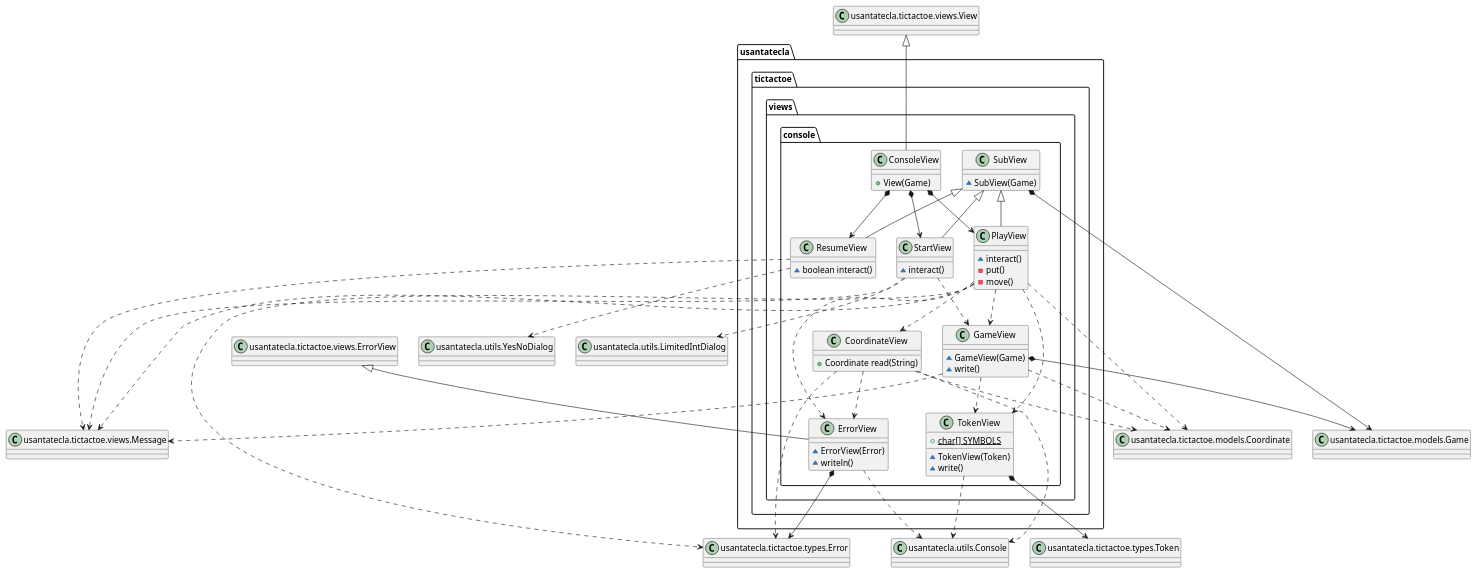
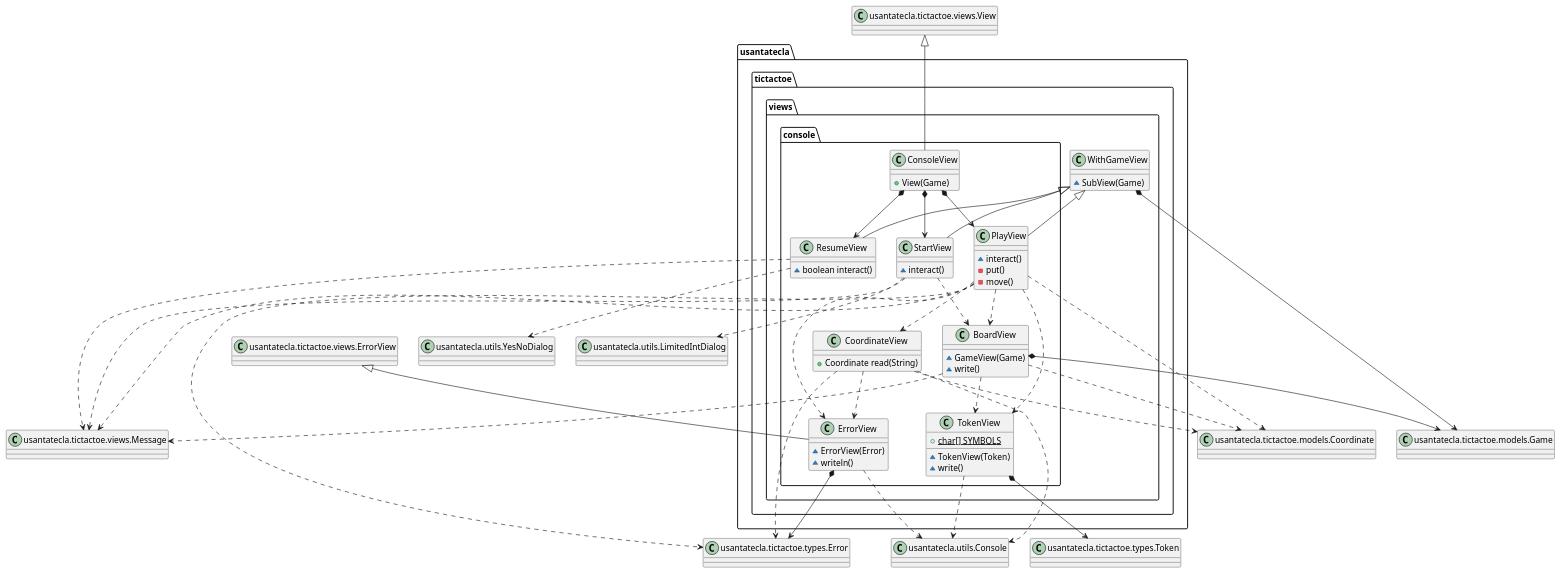
One commit to Jolucaa/USantaTecla-project-ticTacToe changed the third of 6 diagrams in documentView/withFactoryMethod/docs/diagrams/src/paquetes.plantuml. Above: the diagram before and after it, drawn with PlantUML. The commit also changed 57 other files, not shown here.

Commit message:
refactor SubView to WithGameView

```diff
--- a/documentView/withFactoryMethod/docs/diagrams/src/paquetes.plantuml
+++ b/documentView/withFactoryMethod/docs/diagrams/src/paquetes.plantuml
@@ -91,122 +91,122 @@
 @startuml tictactoe.views.console
 class usantatecla.tictactoe.views.console.CoordinateView {
 
     + Coordinate read(String)
 
 }
 
 usantatecla.tictactoe.views.console.CoordinateView .down.> usantatecla.tictactoe.views.console.ErrorView
 
 class Coordinate as "usantatecla.tictactoe.models.Coordinate"
 class Error as "usantatecla.tictactoe.types.Error"
 class Console as "usantatecla.utils.Console"
 
 usantatecla.tictactoe.views.console.CoordinateView .down.> Console
 usantatecla.tictactoe.views.console.CoordinateView .down.> Error
 usantatecla.tictactoe.views.console.CoordinateView .down.> Coordinate
 
 class usantatecla.tictactoe.views.console.ErrorView {
 
 	~ ErrorView(Error)
 	~ writeln()
 
 }
 
 class ErrorView as "usantatecla.tictactoe.views.ErrorView"
 
 ErrorView <|-down- usantatecla.tictactoe.views.console.ErrorView
 usantatecla.tictactoe.views.console.ErrorView .down.> Console
 usantatecla.tictactoe.views.console.ErrorView *-down-> Error
 
-class usantatecla.tictactoe.views.console.GameView {
+class usantatecla.tictactoe.views.console.BoardView {
 
     ~ GameView(Game)
 	~ write()
 
 }
 
 class Game as "usantatecla.tictactoe.models.Game"
 class Message as "usantatecla.tictactoe.views.Message"
 
-usantatecla.tictactoe.views.console.GameView *-down-> Game
-usantatecla.tictactoe.views.console.GameView .down.> Coordinate
-usantatecla.tictactoe.views.console.GameView .down.> Message
-usantatecla.tictactoe.views.console.GameView .down.> usantatecla.tictactoe.views.console.TokenView
+usantatecla.tictactoe.views.console.BoardView *-down-> Game
+usantatecla.tictactoe.views.console.BoardView .down.> Coordinate
+usantatecla.tictactoe.views.console.BoardView .down.> Message
+usantatecla.tictactoe.views.console.BoardView .down.> usantatecla.tictactoe.views.console.TokenView
 
-class usantatecla.tictactoe.views.console.SubView {
+class usantatecla.tictactoe.views.WithGameView {
 
 	~ SubView(Game)
 
 }
 
-usantatecla.tictactoe.views.console.SubView *-down-> Game
+usantatecla.tictactoe.views.WithGameView *-down-> Game
 
 class usantatecla.tictactoe.views.console.PlayView {
 
     ~ interact()
     - put()
     - move()
 
 }
 
-usantatecla.tictactoe.views.console.SubView <|-down- usantatecla.tictactoe.views.console.PlayView
+usantatecla.tictactoe.views.WithGameView <|-down- usantatecla.tictactoe.views.console.PlayView
 usantatecla.tictactoe.views.console.PlayView .down.> Coordinate
 usantatecla.tictactoe.views.console.PlayView .down.> Message
 usantatecla.tictactoe.views.console.PlayView .down.> Error
 usantatecla.tictactoe.views.console.PlayView .down.> usantatecla.tictactoe.views.console.ErrorView
 usantatecla.tictactoe.views.console.PlayView .down.> usantatecla.tictactoe.views.console.CoordinateView
-usantatecla.tictactoe.views.console.PlayView .down.> usantatecla.tictactoe.views.console.GameView
+usantatecla.tictactoe.views.console.PlayView .down.> usantatecla.tictactoe.views.console.BoardView
 usantatecla.tictactoe.views.console.PlayView .down.> usantatecla.tictactoe.views.console.TokenView
 
 class usantatecla.tictactoe.views.console.ResumeView {
 
 	~ boolean interact()
 
 }
 
 class YesNoDialog as "usantatecla.utils.YesNoDialog"
 
-usantatecla.tictactoe.views.console.SubView <|-down- usantatecla.tictactoe.views.console.ResumeView
+usantatecla.tictactoe.views.WithGameView <|-down- usantatecla.tictactoe.views.console.ResumeView
 usantatecla.tictactoe.views.console.ResumeView .down.> Message
 usantatecla.tictactoe.views.console.ResumeView .down.> YesNoDialog
 
 class usantatecla.tictactoe.views.console.StartView {
 
 	~ interact()
 
 }
 
 class LimitedIntDialog as "usantatecla.utils.LimitedIntDialog"
 
-usantatecla.tictactoe.views.console.SubView <|-down- usantatecla.tictactoe.views.console.StartView
+usantatecla.tictactoe.views.WithGameView <|-down- usantatecla.tictactoe.views.console.StartView
 usantatecla.tictactoe.views.console.StartView .down.> Message
 usantatecla.tictactoe.views.console.StartView .down.> LimitedIntDialog
-usantatecla.tictactoe.views.console.StartView .down.> usantatecla.tictactoe.views.console.GameView
+usantatecla.tictactoe.views.console.StartView .down.> usantatecla.tictactoe.views.console.BoardView
 
 class usantatecla.tictactoe.views.console.TokenView {
 
 	+ {static} char[] SYMBOLS
 
 	~ TokenView(Token)
 	~ write()
 
 }
 
 class Token as "usantatecla.tictactoe.types.Token"
 
 usantatecla.tictactoe.views.console.TokenView *-down-> Token
 usantatecla.tictactoe.views.console.TokenView .down.> Console
 
 class usantatecla.tictactoe.views.console.ConsoleView {
 
 	+ View(Game)
 
 }
 
 class View as "usantatecla.tictactoe.views.View"
 
 View <|-down- usantatecla.tictactoe.views.console.ConsoleView
 usantatecla.tictactoe.views.console.ConsoleView *-down-> usantatecla.tictactoe.views.console.ResumeView
 usantatecla.tictactoe.views.console.ConsoleView *-down-> usantatecla.tictactoe.views.console.PlayView
 usantatecla.tictactoe.views.console.ConsoleView *-down-> usantatecla.tictactoe.views.console.StartView
 @enduml
```
